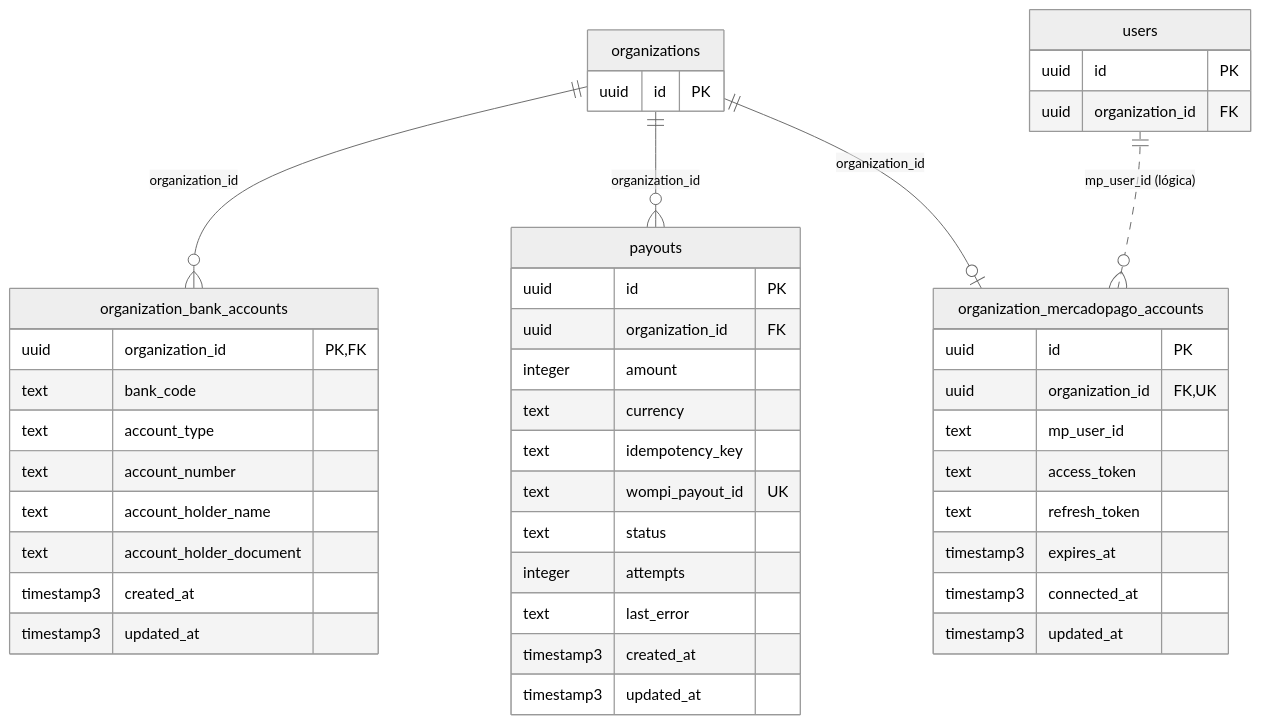
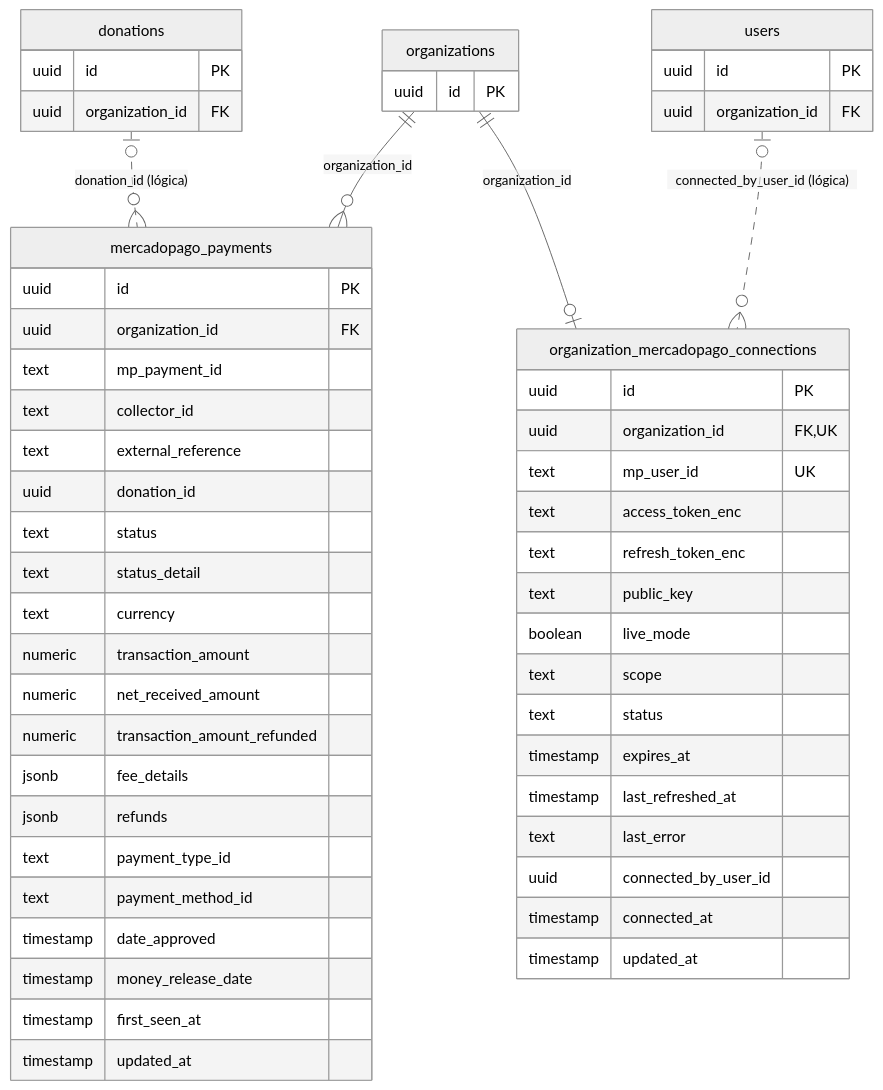
One commit to AGamez10/AdoptaFacil changed the diagram in docs/diccionario-datos/mer/mer-payments.mmd. Above: the diagram before and after it, drawn with Mermaid (neutral theme). The commit also changed 105 other files, not shown here.

```diff
--- a/docs/diccionario-datos/mer/mer-payments.mmd
+++ b/docs/diccionario-datos/mer/mer-payments.mmd
@@ -1,45 +1,55 @@
 erDiagram
-  organization_bank_accounts {
-    uuid organization_id PK,FK
-    text bank_code
-    text account_type
-    text account_number
-    text account_holder_name
-    text account_holder_document
-    timestamp3 created_at
-    timestamp3 updated_at
-  }
-  payouts {
+  mercadopago_payments {
     uuid id PK
     uuid organization_id FK
-    integer amount
+    text mp_payment_id
+    text collector_id
+    text external_reference
+    uuid donation_id
+    text status
+    text status_detail
     text currency
-    text idempotency_key
-    text wompi_payout_id UK
-    text status
-    integer attempts
-    text last_error
-    timestamp3 created_at
-    timestamp3 updated_at
+    numeric transaction_amount
+    numeric net_received_amount
+    numeric transaction_amount_refunded
+    jsonb fee_details
+    jsonb refunds
+    text payment_type_id
+    text payment_method_id
+    timestamp date_approved
+    timestamp money_release_date
+    timestamp first_seen_at
+    timestamp updated_at
   }
-  organization_mercadopago_accounts {
+  organization_mercadopago_connections {
     uuid id PK
     uuid organization_id FK,UK
-    text mp_user_id
-    text access_token
-    text refresh_token
-    timestamp3 expires_at
-    timestamp3 connected_at
-    timestamp3 updated_at
+    text mp_user_id UK
+    text access_token_enc
+    text refresh_token_enc
+    text public_key
+    boolean live_mode
+    text scope
+    text status
+    timestamp expires_at
+    timestamp last_refreshed_at
+    text last_error
+    uuid connected_by_user_id
+    timestamp connected_at
+    timestamp updated_at
+  }
+  donations {
+    uuid id PK
+    uuid organization_id FK
   }
   organizations {
     uuid id PK
   }
   users {
     uuid id PK
     uuid organization_id FK
   }
-  organizations ||--o{ organization_bank_accounts : "organization_id"
-  organizations ||--o{ payouts : "organization_id"
-  organizations ||--o| organization_mercadopago_accounts : "organization_id"
-  users ||..o{ organization_mercadopago_accounts : "mp_user_id (lógica)"
+  organizations ||--o{ mercadopago_payments : "organization_id"
+  organizations ||--o| organization_mercadopago_connections : "organization_id"
+  donations |o..o{ mercadopago_payments : "donation_id (lógica)"
+  users |o..o{ organization_mercadopago_connections : "connected_by_user_id (lógica)"
```
